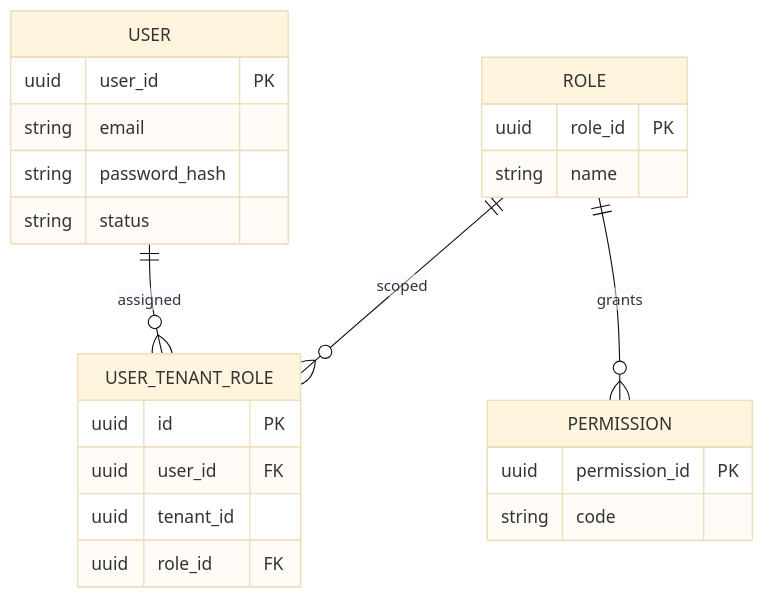
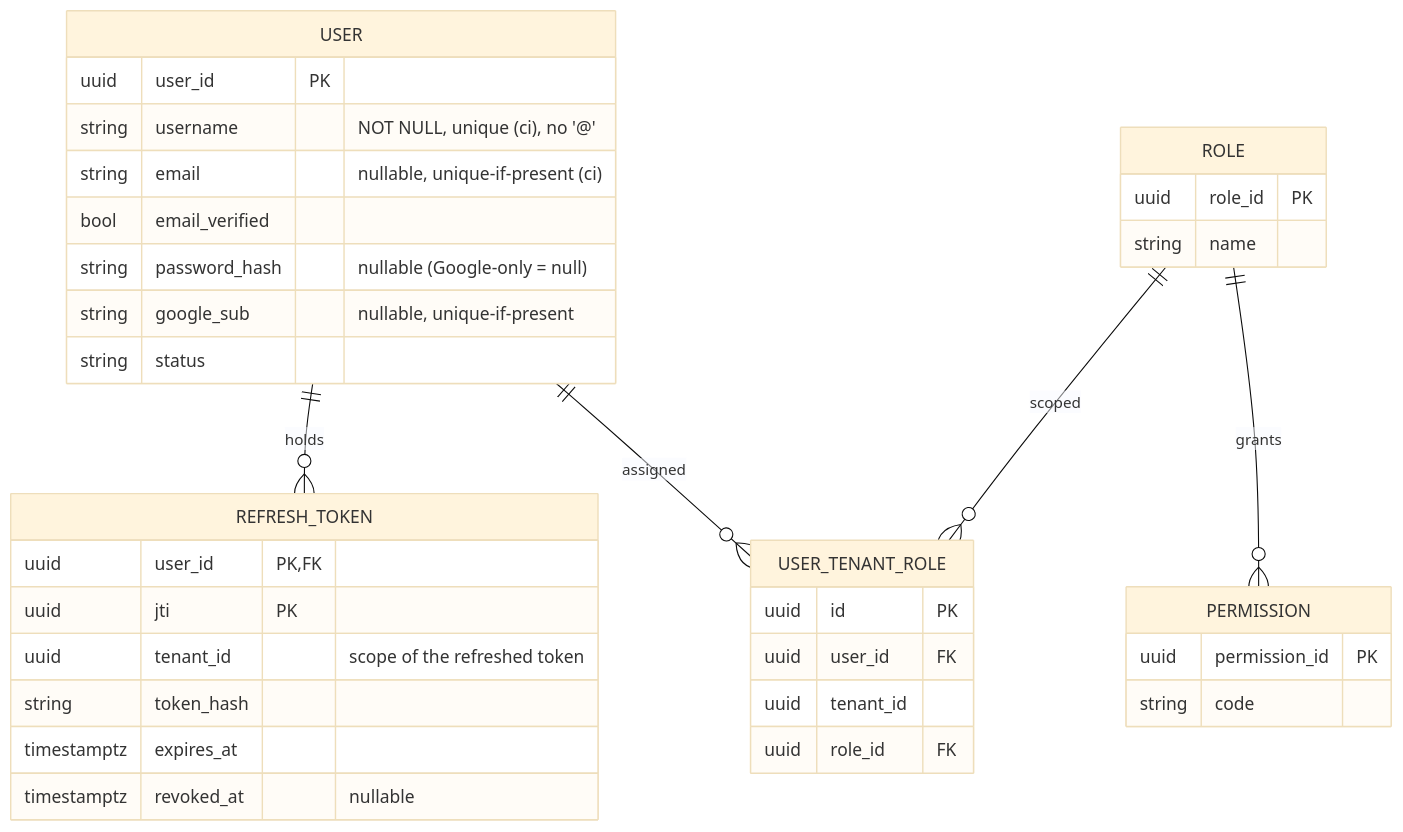
The diagram in docs/internal/10_data_design/01_IAM_Service_ERD.md (protocyber/akademiq), drawn with Mermaid (base theme) before and after one commit. The commit also changed other lines of this file and 22 other files, not shown here.

````diff
--- a/docs/internal/10_data_design/01_IAM_Service_ERD.md
+++ b/docs/internal/10_data_design/01_IAM_Service_ERD.md
@@ -3,30 +3,43 @@
 ```mermaid
 erDiagram
 USER {
   uuid user_id PK
-  string email
-  string password_hash
+  string username "NOT NULL, unique (ci), no '@'"
+  string email "nullable, unique-if-present (ci)"
+  bool email_verified
+  string password_hash "nullable (Google-only = null)"
+  string google_sub "nullable, unique-if-present"
   string status
 }
 
 ROLE {
   uuid role_id PK
   string name
 }
 
 PERMISSION {
   uuid permission_id PK
   string code
 }
 
 USER_TENANT_ROLE {
   uuid id PK
   uuid user_id FK
   uuid tenant_id
   uuid role_id FK
 }
 
+REFRESH_TOKEN {
+  uuid user_id PK,FK
+  uuid jti PK
+  uuid tenant_id "scope of the refreshed token"
+  string token_hash
+  timestamptz expires_at
+  timestamptz revoked_at "nullable"
+}
+
 ROLE ||--o{ PERMISSION : grants
 USER ||--o{ USER_TENANT_ROLE : assigned
 ROLE ||--o{ USER_TENANT_ROLE : scoped
+USER ||--o{ REFRESH_TOKEN : holds
 ```
````
